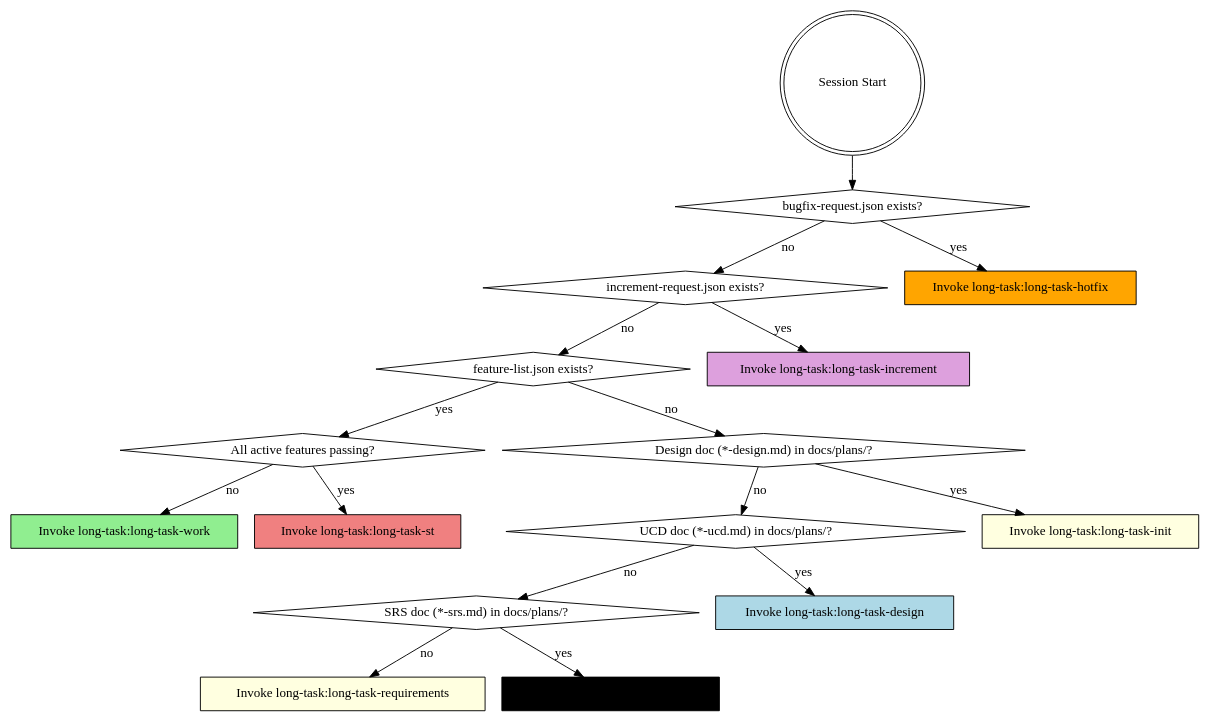
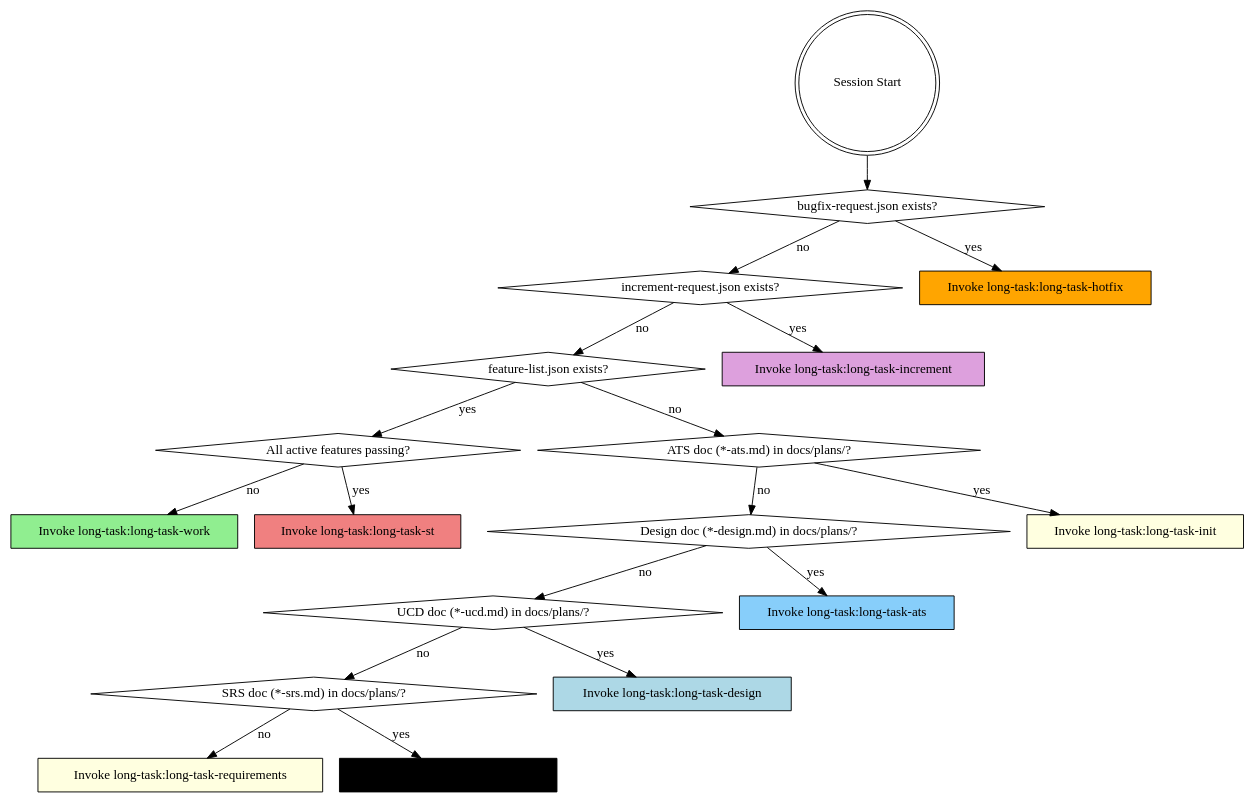
One commit to RexHeap/longtaskforagent changed the diagram in skills/using-long-task/SKILL.md. Above: the diagram before and after it, drawn with Graphviz. The commit also changed other lines of this file and 18 other files, not shown here.

````diff
--- a/skills/using-long-task/SKILL.md
+++ b/skills/using-long-task/SKILL.md
@@ -22,36 +22,40 @@
 ```dot
 digraph phase_detection {
     "Session Start" [shape=doublecircle];
     "bugfix-request.json exists?" [shape=diamond];
     "increment-request.json exists?" [shape=diamond];
     "feature-list.json exists?" [shape=diamond];
     "All active features passing?" [shape=diamond];
     "Design doc (*-design.md) in docs/plans/?" [shape=diamond];
+    "ATS doc (*-ats.md) in docs/plans/?" [shape=diamond];
     "UCD doc (*-ucd.md) in docs/plans/?" [shape=diamond];
     "SRS doc (*-srs.md) in docs/plans/?" [shape=diamond];
     "Invoke long-task:long-task-hotfix" [shape=box style=filled fillcolor=orange];
     "Invoke long-task:long-task-increment" [shape=box style=filled fillcolor=plum];
     "Invoke long-task:long-task-requirements" [shape=box style=filled fillcolor=lightyellow];
     "Invoke long-task:long-task-ucd" [shape=box style=filled fillcolor=lightorange];
     "Invoke long-task:long-task-design" [shape=box style=filled fillcolor=lightblue];
+    "Invoke long-task:long-task-ats" [shape=box style=filled fillcolor=lightskyblue];
     "Invoke long-task:long-task-init" [shape=box style=filled fillcolor=lightyellow];
     "Invoke long-task:long-task-work" [shape=box style=filled fillcolor=lightgreen];
     "Invoke long-task:long-task-st" [shape=box style=filled fillcolor=lightcoral];
 
     "Session Start" -> "bugfix-request.json exists?";
     "bugfix-request.json exists?" -> "Invoke long-task:long-task-hotfix" [label="yes"];
     "bugfix-request.json exists?" -> "increment-request.json exists?" [label="no"];
     "increment-request.json exists?" -> "Invoke long-task:long-task-increment" [label="yes"];
     "increment-request.json exists?" -> "feature-list.json exists?" [label="no"];
     "feature-list.json exists?" -> "All active features passing?" [label="yes"];
     "All active features passing?" -> "Invoke long-task:long-task-st" [label="yes"];
     "All active features passing?" -> "Invoke long-task:long-task-work" [label="no"];
-    "feature-list.json exists?" -> "Design doc (*-design.md) in docs/plans/?" [label="no"];
-    "Design doc (*-design.md) in docs/plans/?" -> "Invoke long-task:long-task-init" [label="yes"];
+    "feature-list.json exists?" -> "ATS doc (*-ats.md) in docs/plans/?" [label="no"];
+    "ATS doc (*-ats.md) in docs/plans/?" -> "Invoke long-task:long-task-init" [label="yes"];
+    "ATS doc (*-ats.md) in docs/plans/?" -> "Design doc (*-design.md) in docs/plans/?" [label="no"];
+    "Design doc (*-design.md) in docs/plans/?" -> "Invoke long-task:long-task-ats" [label="yes"];
     "Design doc (*-design.md) in docs/plans/?" -> "UCD doc (*-ucd.md) in docs/plans/?" [label="no"];
     "UCD doc (*-ucd.md) in docs/plans/?" -> "Invoke long-task:long-task-design" [label="yes"];
     "UCD doc (*-ucd.md) in docs/plans/?" -> "SRS doc (*-srs.md) in docs/plans/?" [label="no"];
     "SRS doc (*-srs.md) in docs/plans/?" -> "Invoke long-task:long-task-ucd" [label="yes"];
     "SRS doc (*-srs.md) in docs/plans/?" -> "Invoke long-task:long-task-requirements" [label="no"];
 }
 ```
````
